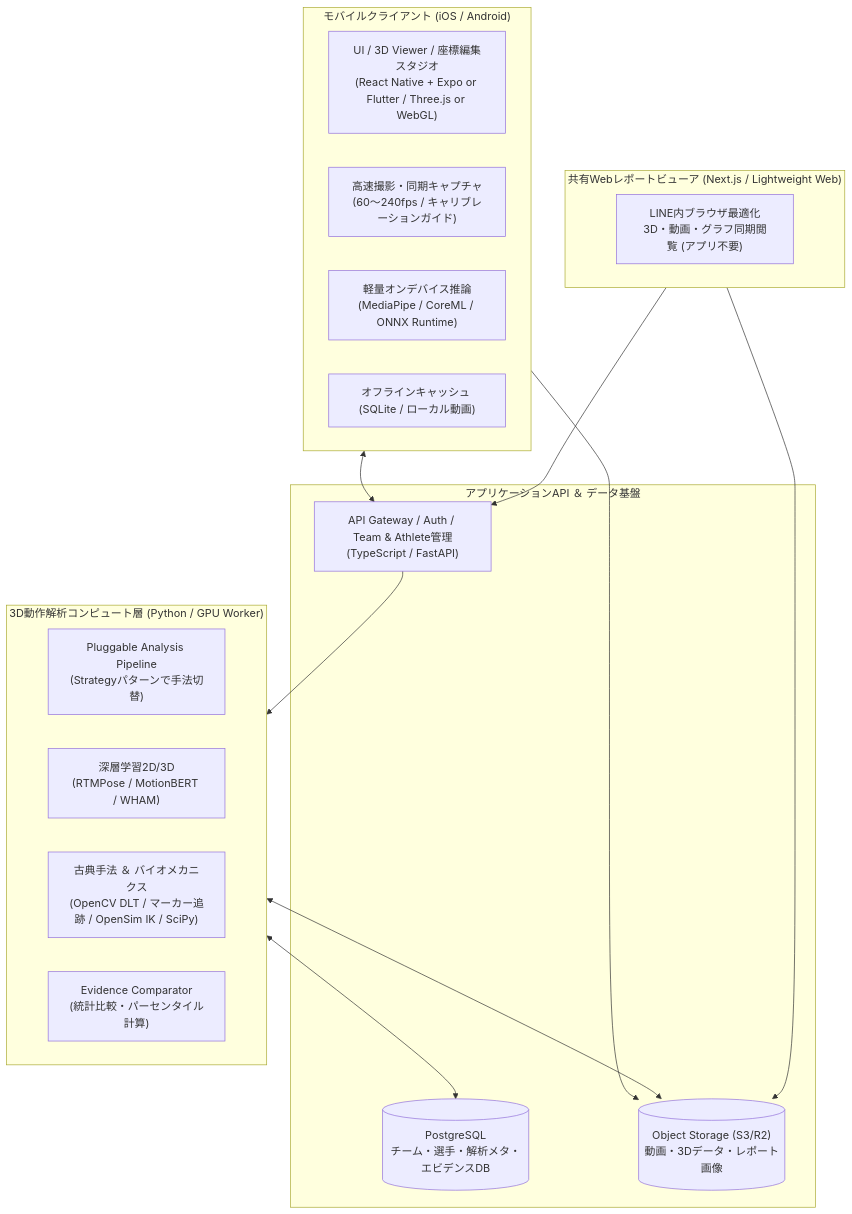
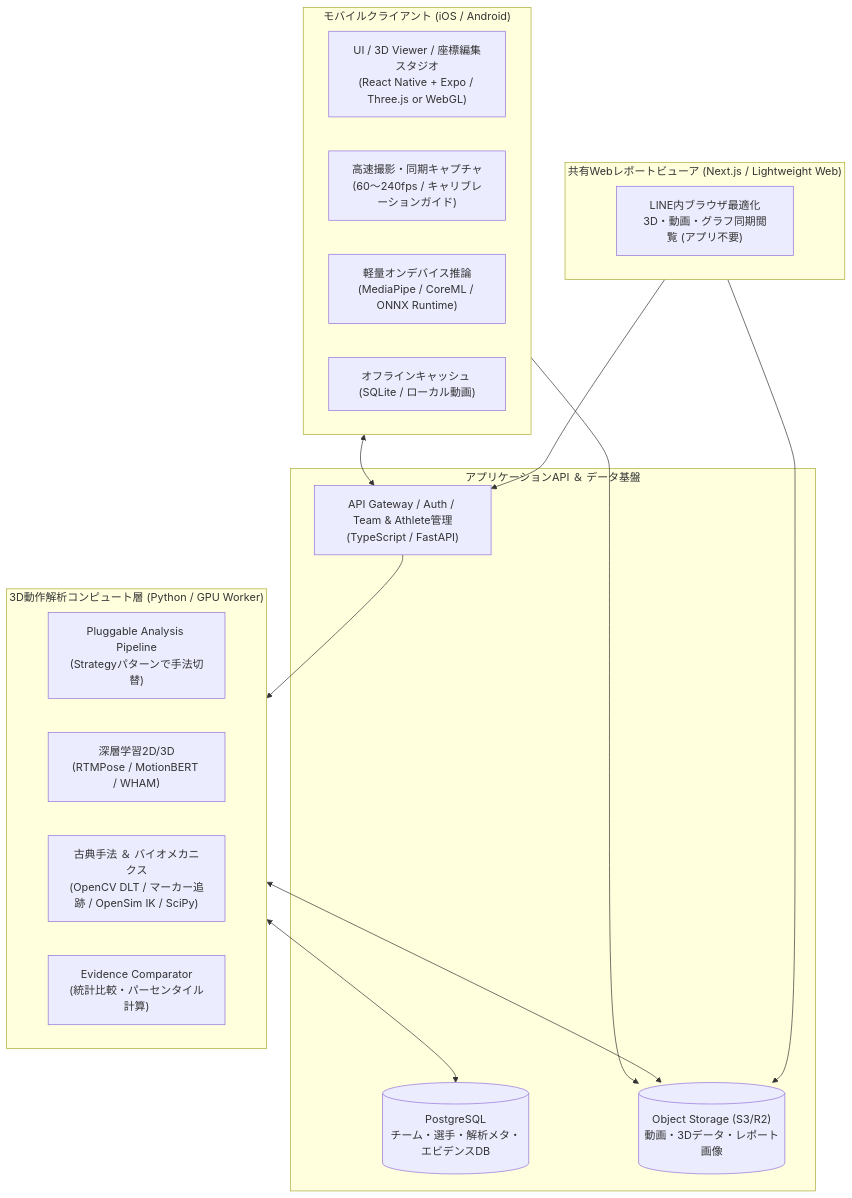
One commit to manabukosaka/sports-motion-app changed the third of 3 diagrams in docs/02-product-design.md. Above: the diagram before and after it, drawn with Mermaid. The commit also changed other lines of this file and 2 other files, not shown here.

````diff
--- a/docs/02-product-design.md
+++ b/docs/02-product-design.md
@@ -116,34 +118,34 @@
 ```mermaid
 flowchart TB
     subgraph Client["モバイルクライアント (iOS / Android)"]
-        UI["UI / 3D Viewer / 座標編集スタジオ\n(React Native + Expo or Flutter / Three.js or WebGL)"]
+        UI["UI / 3D Viewer / 座標編集スタジオ\n(React Native + Expo / Three.js or WebGL)"]
         Capture["高速撮影・同期キャプチャ\n(60〜240fps / キャリブレーションガイド)"]
         OnDevice["軽量オンデバイス推論\n(MediaPipe / CoreML / ONNX Runtime)"]
         LocalDB["オフラインキャッシュ (SQLite / ローカル動画)"]
     end
 
     subgraph WebViewer["共有Webレポートビューア (Next.js / Lightweight Web)"]
         ShareUI["LINE内ブラウザ最適化\n3D・動画・グラフ同期閲覧 (アプリ不要)"]
     end
 
     subgraph Backend["アプリケーションAPI ＆ データ基盤"]
         API["API Gateway / Auth / Team & Athlete管理\n(TypeScript / FastAPI)"]
         DB[("PostgreSQL\nチーム・選手・解析メタ・エビデンスDB")]
         Storage[("Object Storage (S3/R2)\n動画・3Dデータ・レポート画像")]
     end
 
     subgraph Compute["3D動作解析コンピュート層 (Python / GPU Worker)"]
         Pipeline["Pluggable Analysis Pipeline\n(Strategyパターンで手法切替)"]
         DL["深層学習2D/3D\n(RTMPose / MotionBERT / WHAM)"]
         Classic["古典手法 ＆ バイオメカニクス\n(OpenCV DLT / マーカー追跡 / OpenSim IK / SciPy)"]
         Bench["Evidence Comparator\n(統計比較・パーセンタイル計算)"]
     end
 
     Client <--> API
     Client --> Storage
     API --> Compute
     Compute <--> Storage
     Compute <--> DB
     WebViewer --> API
     WebViewer --> Storage
 ```
````
